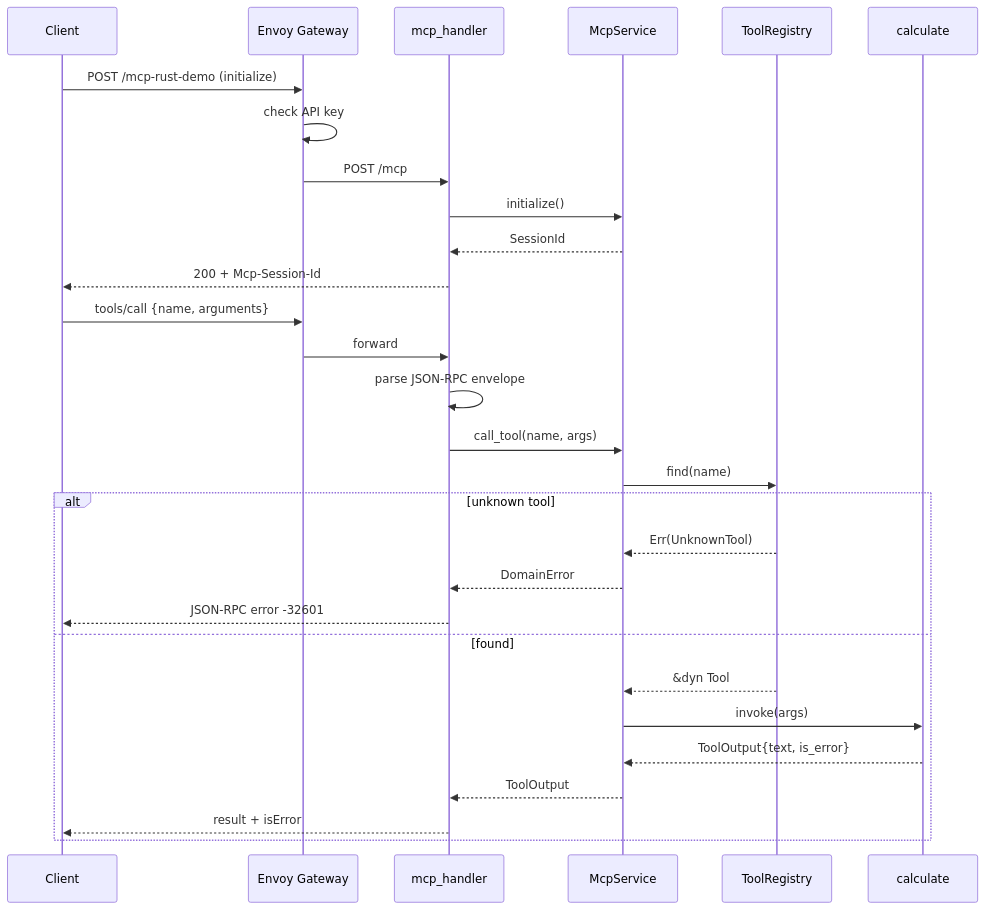
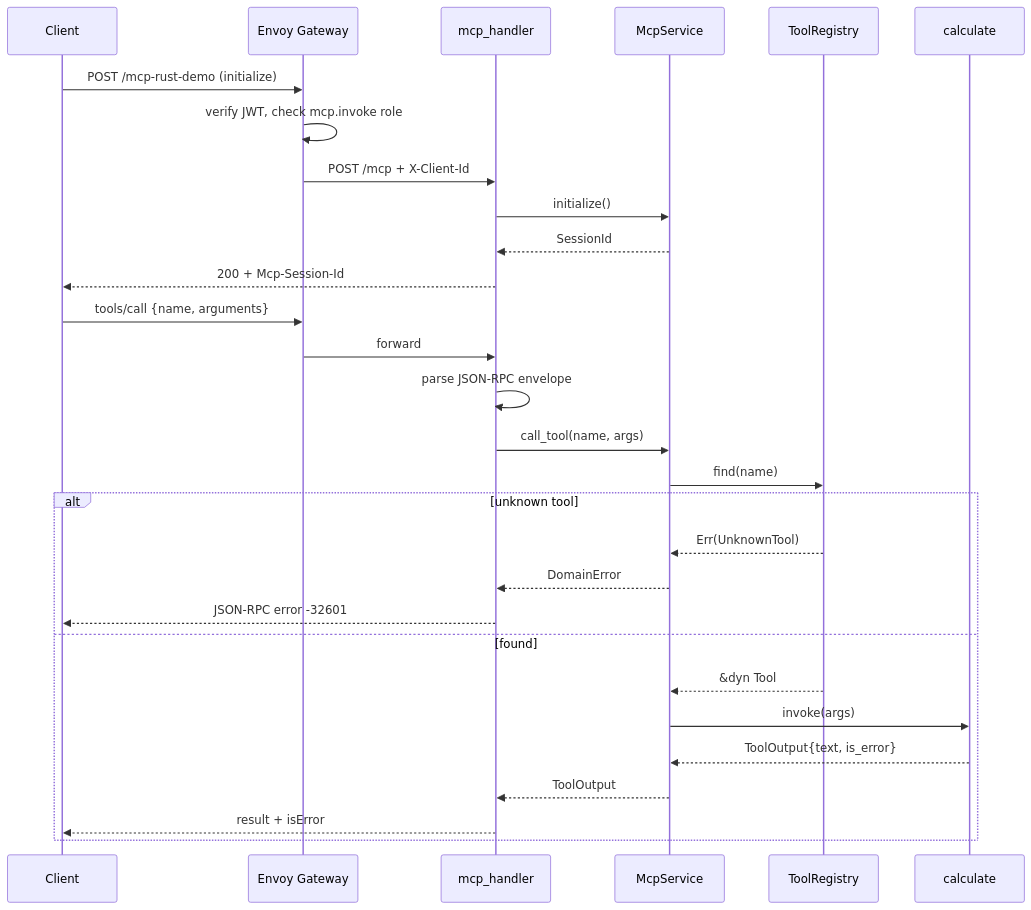
The fifth of 5 diagrams in README.md (preedep/mcp-rust-demo-001), drawn with Mermaid before and after one commit. The commit also changed other lines of this file, not shown here.

First line of the commit message:
Redraw the architecture diagrams for JWT auth

````diff
--- a/README.md
+++ b/README.md
@@ -578,33 +593,33 @@
 ```mermaid
 sequenceDiagram
     participant C as Client
     participant G as Envoy Gateway
     participant H as mcp_handler
     participant S as McpService
     participant R as ToolRegistry
     participant T as calculate
 
     C->>G: POST /mcp-rust-demo (initialize)
-    G->>G: check API key
-    G->>H: POST /mcp
+    G->>G: verify JWT, check mcp.invoke role
+    G->>H: POST /mcp + X-Client-Id
     H->>S: initialize()
     S-->>H: SessionId
     H-->>C: 200 + Mcp-Session-Id
 
     C->>G: tools/call {name, arguments}
     G->>H: forward
     H->>H: parse JSON-RPC envelope
     H->>S: call_tool(name, args)
     S->>R: find(name)
     alt unknown tool
         R-->>S: Err(UnknownTool)
         S-->>H: DomainError
         H-->>C: JSON-RPC error -32601
     else found
         R-->>S: &dyn Tool
         S->>T: invoke(args)
         T-->>S: ToolOutput{text, is_error}
         S-->>H: ToolOutput
         H-->>C: result + isError
     end
 ```
````
